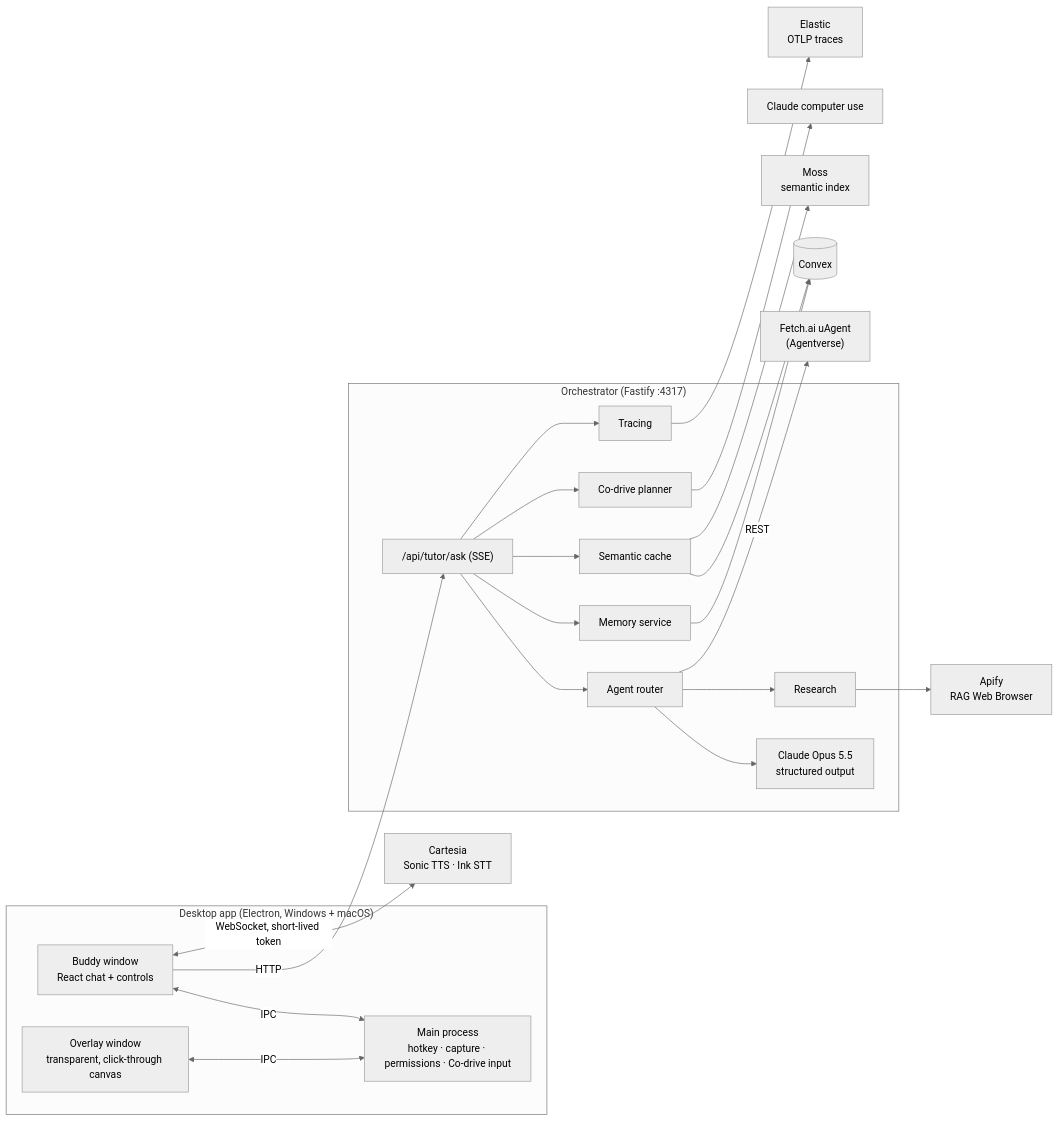
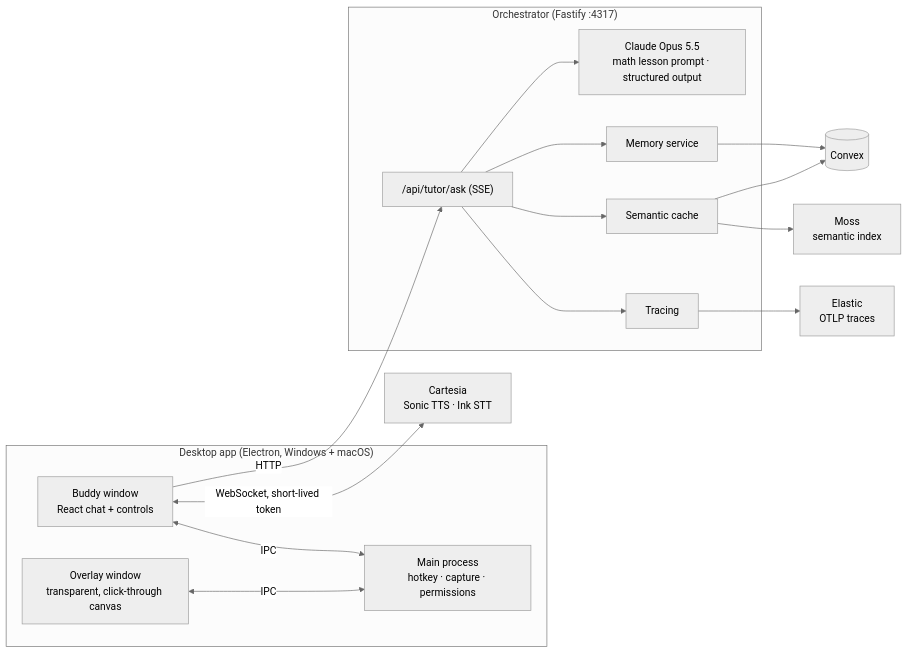
Before and after one commit to jay-1806/CalHacks13.0: the first of 2 diagrams in docs/architecture.md, drawn with Mermaid (neutral theme). The commit also changed other lines of this file and 80 other files, not shown here.

````diff
--- a/docs/architecture.md
+++ b/docs/architecture.md
@@ -16,37 +15,29 @@
 ```mermaid
 graph LR
     subgraph Desktop["Desktop app (Electron, Windows + macOS)"]
         Buddy["Buddy window<br/>React chat + controls"]
         Overlay["Overlay window<br/>transparent, click-through canvas"]
-        Main["Main process<br/>hotkey · capture · permissions · Co-drive input"]
+        Main["Main process<br/>hotkey · capture · permissions"]
         Buddy <-->|IPC| Main
         Overlay <-->|IPC| Main
     end
 
     subgraph Orch["Orchestrator (Fastify :4317)"]
         Route["/api/tutor/ask (SSE)"]
-        Router["Agent router"]
-        Claude["Claude Opus 5.5<br/>structured output"]
+        Claude["Claude Opus 5.5<br/>math lesson prompt · structured output"]
         Mem["Memory service"]
         Cache["Semantic cache"]
-        Research["Research"]
-        CoDrive["Co-drive planner"]
         Obs["Tracing"]
-        Route --> Router --> Claude
+        Route --> Claude
         Route --> Mem
         Route --> Cache
-        Router --> Research
-        Route --> CoDrive
         Route --> Obs
     end
 
     Buddy -->|HTTP| Route
     Buddy <-->|WebSocket, short-lived token| Cartesia["Cartesia<br/>Sonic TTS · Ink STT"]
     Mem --> Convex[(Convex)]
     Cache --> Convex
     Cache --> Moss["Moss<br/>semantic index"]
-    Research --> Apify["Apify<br/>RAG Web Browser"]
-    Router -->|REST| Agent["Fetch.ai uAgent<br/>(Agentverse)"]
-    CoDrive --> CU["Claude computer use"]
     Obs --> Elastic["Elastic<br/>OTLP traces"]
 ```
````
